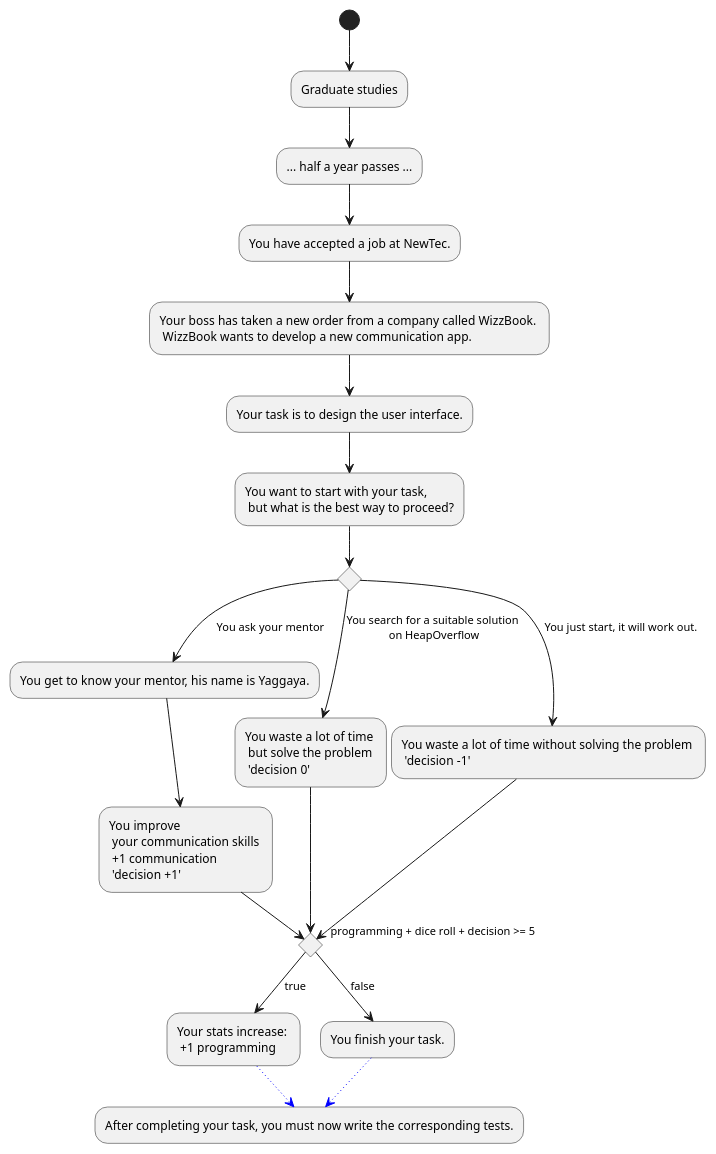
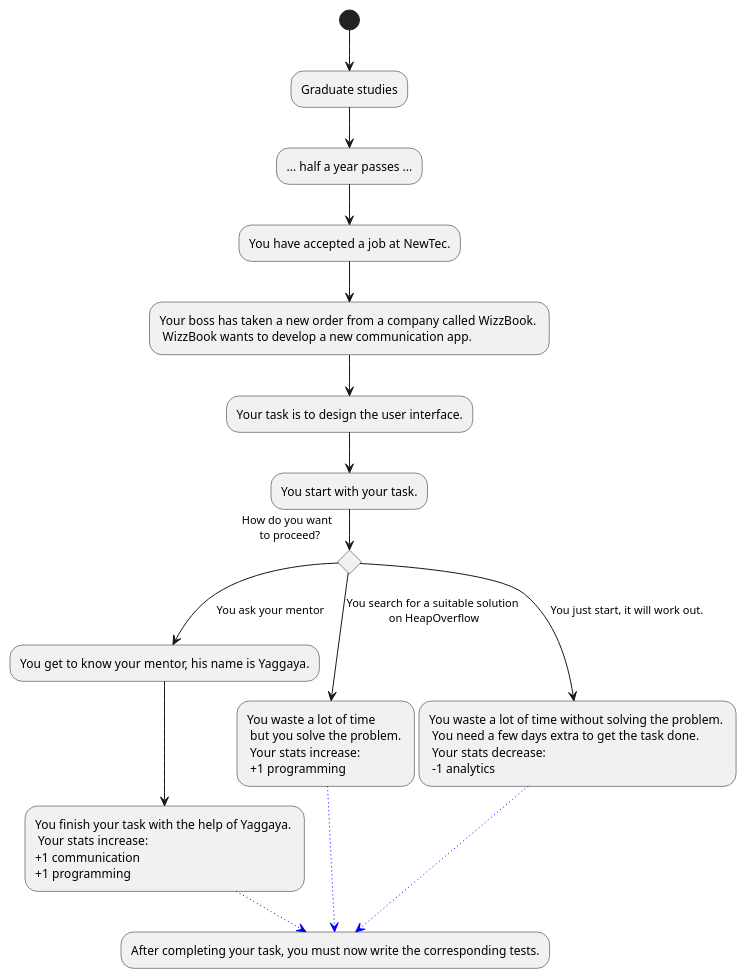
One commit to Brotenko/QualityQuest changed the diagram in Docs/Technical Specifications/docs/diagrams/StoryFlow/StoryFlow_Decision_4.puml. Above: the diagram before and after it, drawn with PlantUML. The commit also changed 14 other files, not shown here.

```diff
--- a/Docs/Technical Specifications/docs/diagrams/StoryFlow/StoryFlow_Decision_4.puml
+++ b/Docs/Technical Specifications/docs/diagrams/StoryFlow/StoryFlow_Decision_4.puml
@@ -1,42 +1,24 @@
 @startuml
-(*) --> "Graduate studies" as as
+(*) --> "Graduate studies"
 --> "... half a year passes ..."
 --> "You have accepted a job at NewTec."
 'Note: the project is not final, just a filler at the moment
---> "Your boss has taken a new order from a company called WizzBook. \n WizzBook wants to develop a new communication app." as a1
+--> "Your boss has taken a new order from a company called WizzBook. \n WizzBook wants to develop a new communication app."
 --> "Your task is to design the user interface."
---> "You want to start with your task, \n but what is the best way to proceed?"
-if "" then
+--> "You start with your task."
+if "How do you want \n to proceed?" then
 --> [You ask your mentor] "You get to know your mentor, his name is Yaggaya."
---> "You improve \n your communication skills \n +1 communication \n 'decision +1'" as mentor
+--> "You finish your task with the help of Yaggaya. \n Your stats increase: \n+1 communication \n+1 programming " as mentor
 else
---> [You search for a suitable solution\n on HeapOverflow] "You waste a lot of time \n but solve the problem \n 'decision 0'" as b
+--> [You search for a suitable solution\n on HeapOverflow] "You waste a lot of time \n but you solve the problem. \n Your stats increase: \n +1 programming" as heapFlow 
 else
---> [You just start, it will work out.] "You waste a lot of time without solving the problem \n 'decision -1'" as c
-if "programming + dice roll + decision >= 5" as random then
---> [true] "Your stats increase: \n +1 programming " as p1
-else 
---> [false] "You finish your task."
-
-/'a --> "Random \n r = programming + random + decision" as r
-b --> r
-c --> r
-
-if "" then
---> [r >= 5] "+1 programming" as p1
-else
---> [r < 5] "no improvement"
-
---> "Task completed" as aa
-
-p1 --> aa
-
-'/
+--> [You just start, it will work out.] "You waste a lot of time without solving the problem. \n You need a few days extra to get the task done. \n Your stats decrease: \n -1 analytics"
 
 -[#blue,dotted]-> "After completing your task, you must now write the corresponding tests." as newD
 
+mentor -[#blue,dotted]-> newD
+heapFlow -[#blue,dotted]-> newD
 
-p1 -[#blue,dotted]-> newD
-mentor --> random
-b --> random
+
+
 @enduml
```
